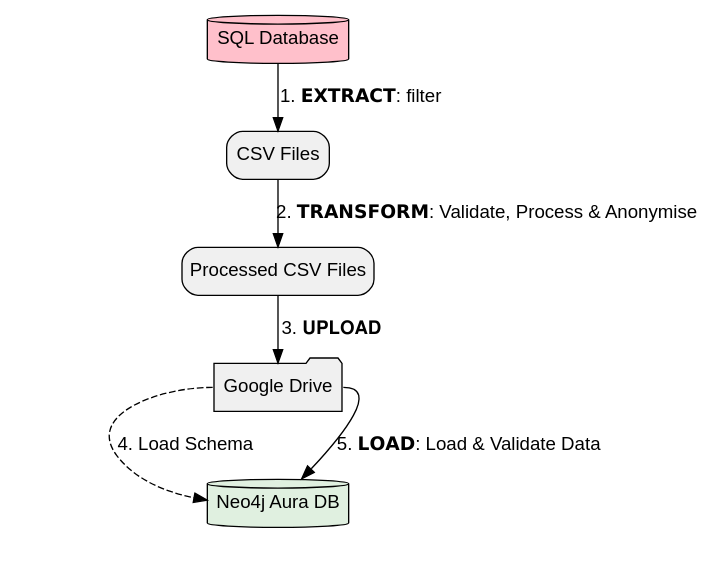
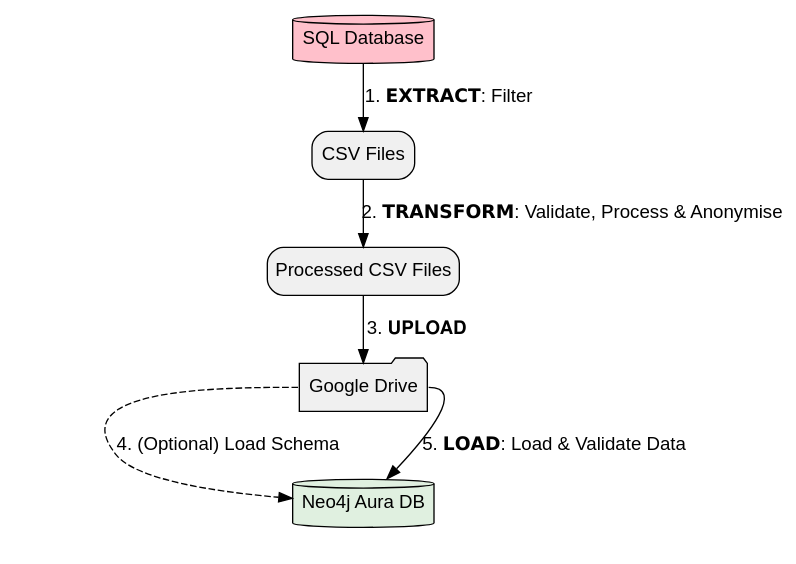
The diagram in 03-01-overview.qmd (zoonalink/graph-tt-quarto), drawn with Graphviz before and after one commit. The commit also changed other lines of this file and 65 other files, not shown here.

````diff
--- a/03-01-overview.qmd
+++ b/03-01-overview.qmd
@@ -26,36 +19,36 @@
 ```{dot}
 #| fig-cap: "Data Pipeline Overview" 
 
 digraph Overview {
 
   // graph layout - td
   rankdir = TD;
   nodesep = 1.0; 
   node [shape=box, style="filled,rounded", fillcolor="#f0f0f0", fontname="Arial"]; 
   edge [fontname="Arial"]; 
 
   // Nodes 
   A [label="SQL Database", shape=cylinder, fillcolor="#ffc0cb"];  //  pink 
   B [label="CSV Files"];
   C [label="Processed CSV Files"];
   
   // subgraph for vertical positioning
   subgraph cluster_D_E { 
       style=invis;  //  subgraph invisible
       D [label="Google Drive", shape=folder]; 
       E [label="Neo4j Aura DB", style="filled", fillcolor="#e0f0e0", shape=cylinder];
       
       // invisible edge to force positioning
       D -> E [style=invis]; 
   }
 
-  // Edges and Labels 
-  A -> B [label=" 1. 𝗘𝗫𝗧𝗥𝗔𝗖𝗧: filter"];
+  // Edges and labels 
+  A -> B [label=" 1. 𝗘𝗫𝗧𝗥𝗔𝗖𝗧: Filter"];
   B -> C [label=" 2. 𝗧𝗥𝗔𝗡𝗦𝗙𝗢𝗥𝗠: Validate, Process & Anonymise"];
   C -> D [label=" 3. 𝐔𝐏𝐋𝐎𝐀𝐃"];
   
-  // Arrows from Google Drive (left and right)
-  D:w -> E [label=" 4. Load Schema", style=dashed];   
+  // arrows from Google Drive (left and right)
+  D:w -> E [label=" 4. (Optional) Load Schema", style=dashed];   
   D:e-> E [label=" 5. 𝗟𝗢𝗔𝗗: Load & Validate Data"]; 
 }
 ```
````
